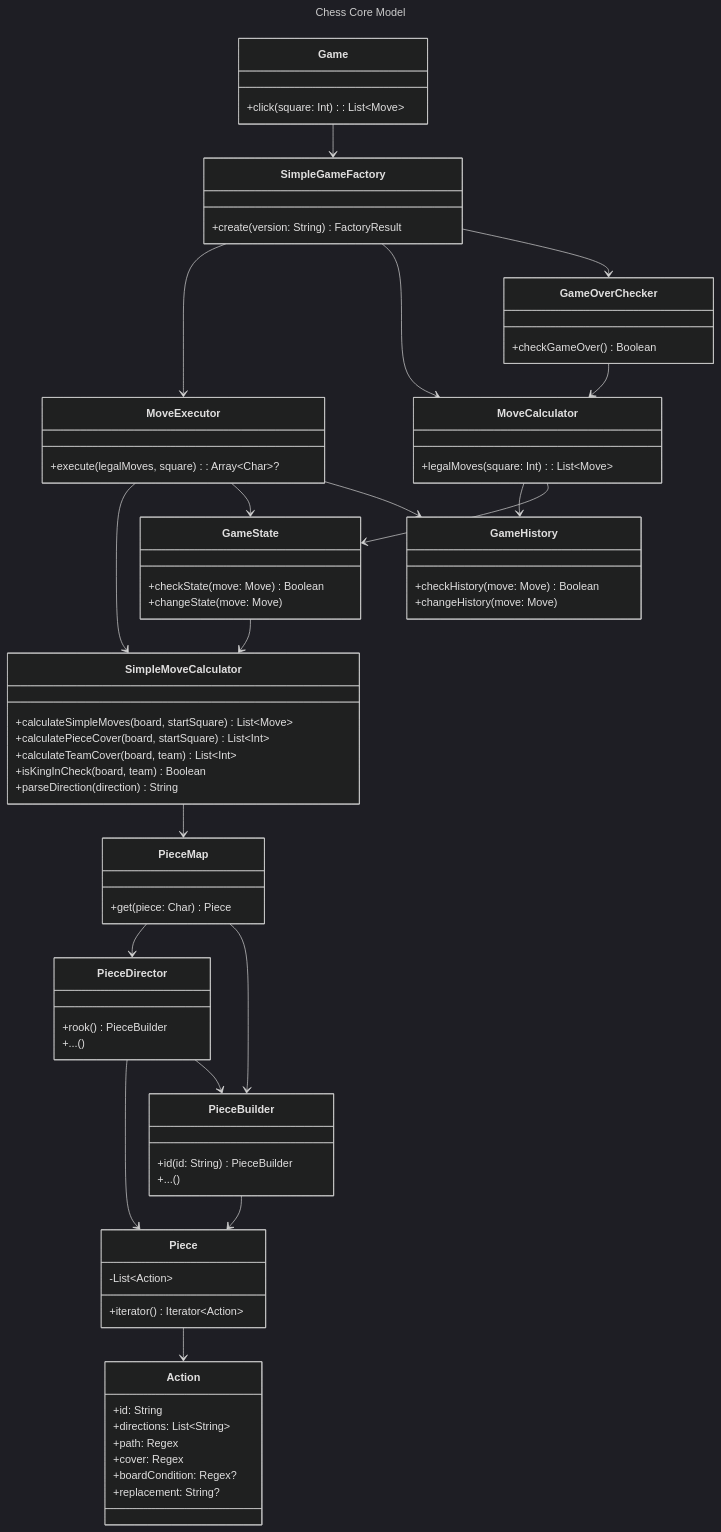
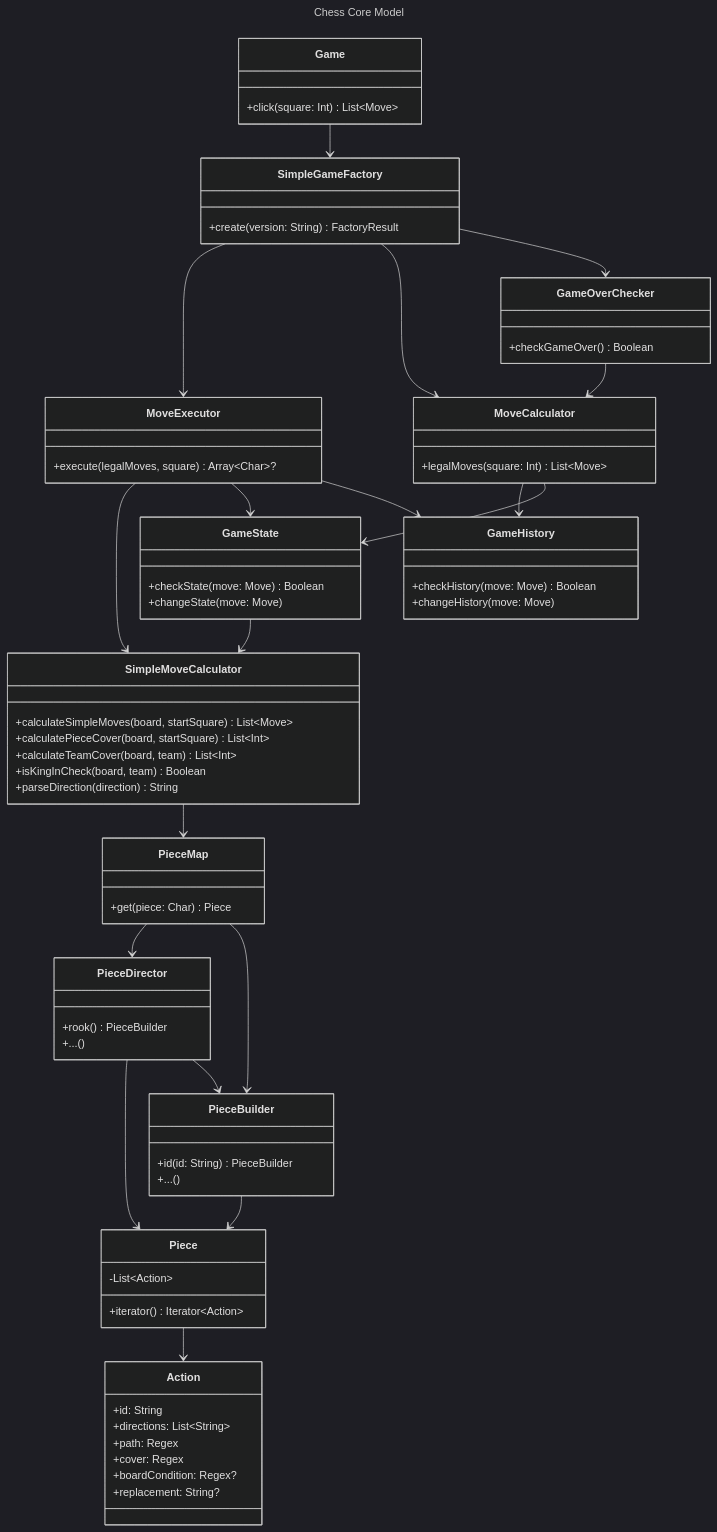
One commit to isaksolheim/chess changed the diagram in core/src/me/isak/chess/model/base/README.md. Above: the diagram before and after it, drawn with Mermaid (dark theme).

Commit message:
fix incorrect semicolon (#24)

```diff
--- a/core/src/me/isak/chess/model/base/README.md
+++ b/core/src/me/isak/chess/model/base/README.md
@@ -62,11 +62,11 @@
     }
 
     class MoveExecutor {
-        +execute(legalMoves, square): Array~Char~?
+        +execute(legalMoves, square) Array~Char~?
     }
 
     class MoveCalculator {
-        +legalMoves(square: Int): List~Move~
+        +legalMoves(square: Int) List~Move~
     }
 
     class GameOverChecker {
@@ -78,7 +78,7 @@
     }
 
     class Game {
-        +click(square: Int): List~Move~
+        +click(square: Int) List~Move~
     }
 
     Piece --> Action
```
